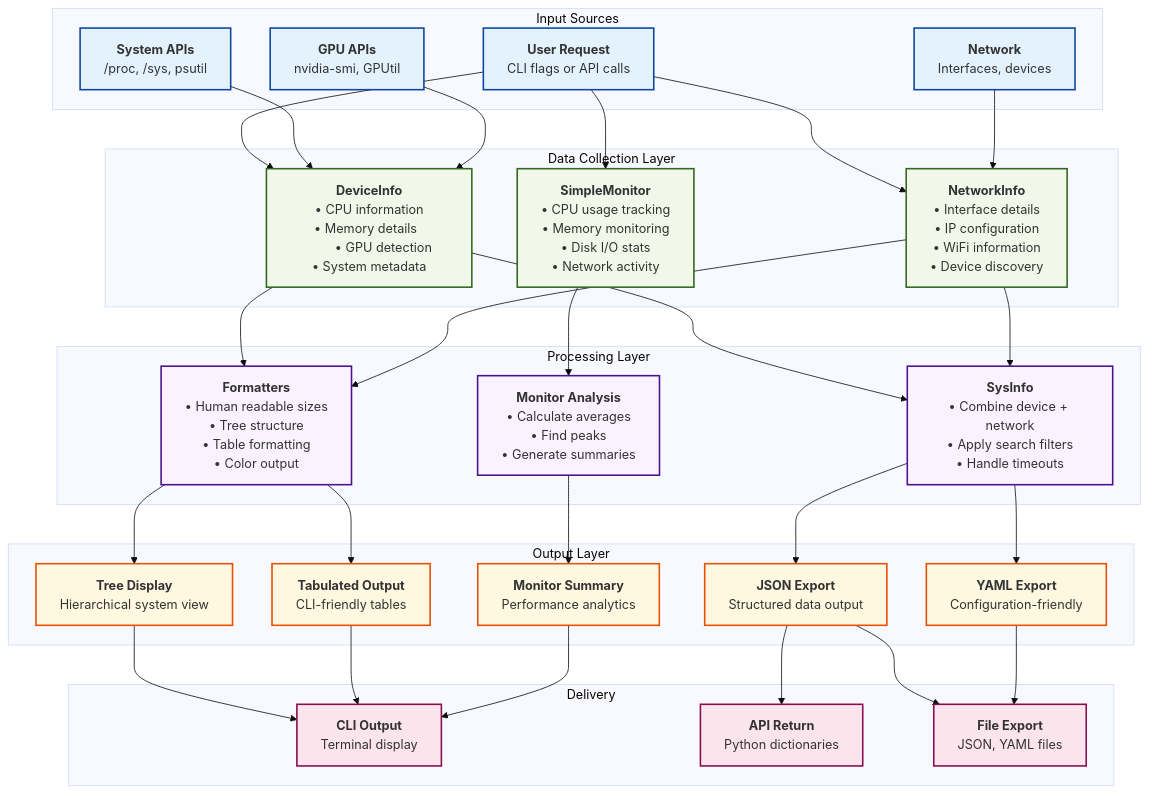
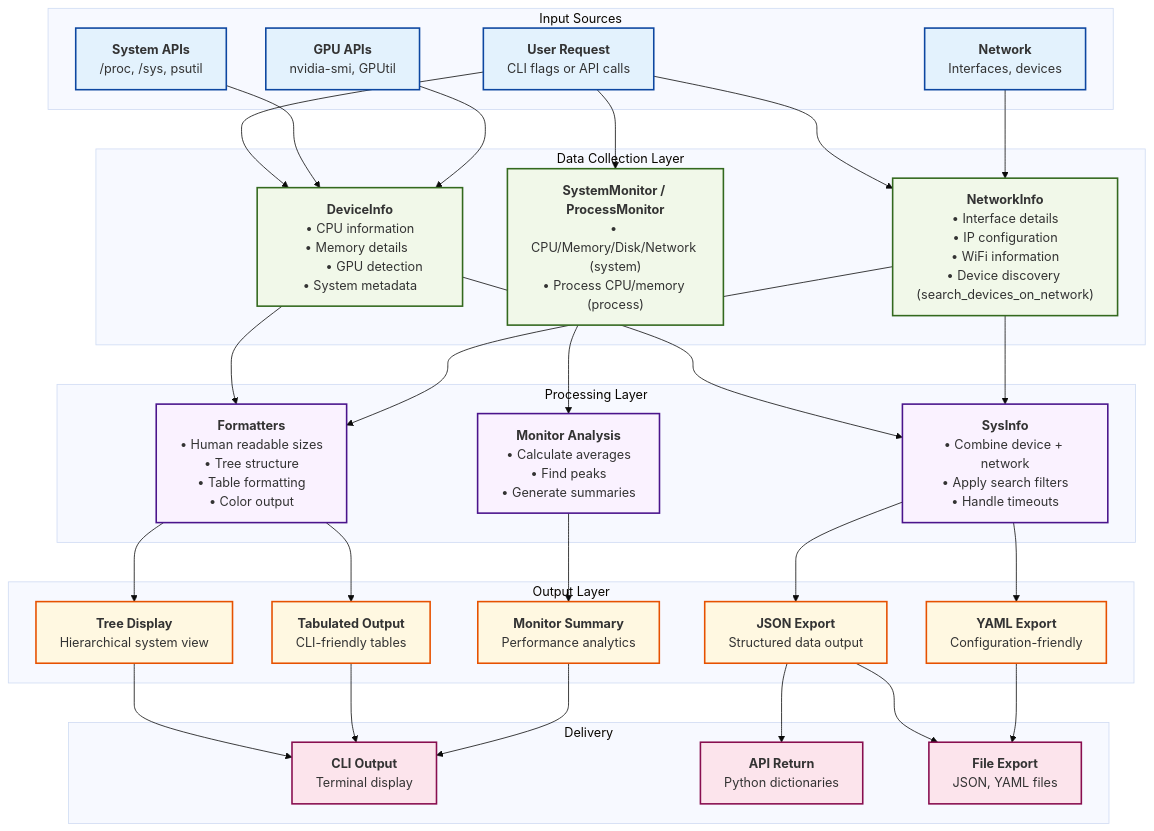
The diagram in docs/images/diagrams/data-flow.mmd (MR901/syinfo), drawn with Mermaid (base theme) before and after one commit. The commit also changed 75 other files, not shown here.

Commit message:
T3 - Added Features : Process Monitor + Logs + Packages + Logger + Builder (#4)

```diff
--- a/docs/images/diagrams/data-flow.mmd
+++ b/docs/images/diagrams/data-flow.mmd
@@ -1,121 +1,119 @@
 graph TD
     %% SyInfo Data Flow Diagram
     
     subgraph "Input Sources"
         USER["`**User Request**
         CLI flags or API calls`"]
         SYSTEM["`**System APIs**
         /proc, /sys, psutil`"]
         NETWORK["`**Network**
         Interfaces, devices`"]
         GPU["`**GPU APIs**
         nvidia-smi, GPUtil`"]
     end
     
     subgraph "Data Collection Layer"
         DEVICE["`**DeviceInfo**
         • CPU information
         • Memory details  
         • GPU detection
         • System metadata`"]
         
         NETINFO["`**NetworkInfo**
         • Interface details
         • IP configuration
         • WiFi information
-        • Device discovery`"]
+        • Device discovery (search_devices_on_network)`"]
         
-        MONITOR["`**SimpleMonitor**
-        • CPU usage tracking
-        • Memory monitoring
-        • Disk I/O stats
-        • Network activity`"]
+        MONITOR["`**SystemMonitor / ProcessMonitor**
+        • CPU/Memory/Disk/Network (system)
+        • Process CPU/memory (process)`"]
     end
     
     subgraph "Processing Layer"
         FORMATTER["`**Formatters**
         • Human readable sizes
         • Tree structure
         • Table formatting
         • Color output`"]
         
         AGGREGATOR["`**SysInfo**
         • Combine device + network
         • Apply search filters
         • Handle timeouts`"]
         
         ANALYZER["`**Monitor Analysis**
         • Calculate averages
         • Find peaks
         • Generate summaries`"]
     end
     
     subgraph "Output Layer"
         TREE["`**Tree Display**
         Hierarchical system view`"]
         
         JSON["`**JSON Export**
         Structured data output`"]
         
         YAML["`**YAML Export**
         Configuration-friendly`"]
         
         TABLE["`**Tabulated Output**
         CLI-friendly tables`"]
         
         SUMMARY["`**Monitor Summary**
         Performance analytics`"]
     end
     
     subgraph "Delivery"
         CLI_OUT["`**CLI Output**
         Terminal display`"]
         
         API_RETURN["`**API Return**
         Python dictionaries`"]
         
         FILE_EXPORT["`**File Export**
         JSON, YAML files`"]
     end
     
     %% Data Flow Connections
     USER --> DEVICE
     USER --> NETINFO
     USER --> MONITOR
     
     SYSTEM --> DEVICE
     NETWORK --> NETINFO
     GPU --> DEVICE
     
     DEVICE --> FORMATTER
     NETINFO --> FORMATTER
     MONITOR --> ANALYZER
     
     DEVICE --> AGGREGATOR
     NETINFO --> AGGREGATOR
     
     FORMATTER --> TREE
     FORMATTER --> TABLE
     AGGREGATOR --> JSON
     AGGREGATOR --> YAML
     ANALYZER --> SUMMARY
     
     TREE --> CLI_OUT
     TABLE --> CLI_OUT
     JSON --> API_RETURN
     JSON --> FILE_EXPORT
     YAML --> FILE_EXPORT
     SUMMARY --> CLI_OUT
     
     %% Styling
     classDef input fill:#e3f2fd,stroke:#0d47a1,stroke-width:2px
     classDef collection fill:#f1f8e9,stroke:#33691e,stroke-width:2px
     classDef processing fill:#faf2ff,stroke:#4a148c,stroke-width:2px
     classDef output fill:#fff8e1,stroke:#e65100,stroke-width:2px
     classDef delivery fill:#fce4ec,stroke:#880e4f,stroke-width:2px
     
     class USER,SYSTEM,NETWORK,GPU input
     class DEVICE,NETINFO,MONITOR collection
     class FORMATTER,AGGREGATOR,ANALYZER processing
     class TREE,JSON,YAML,TABLE,SUMMARY output
     class CLI_OUT,API_RETURN,FILE_EXPORT delivery
```
